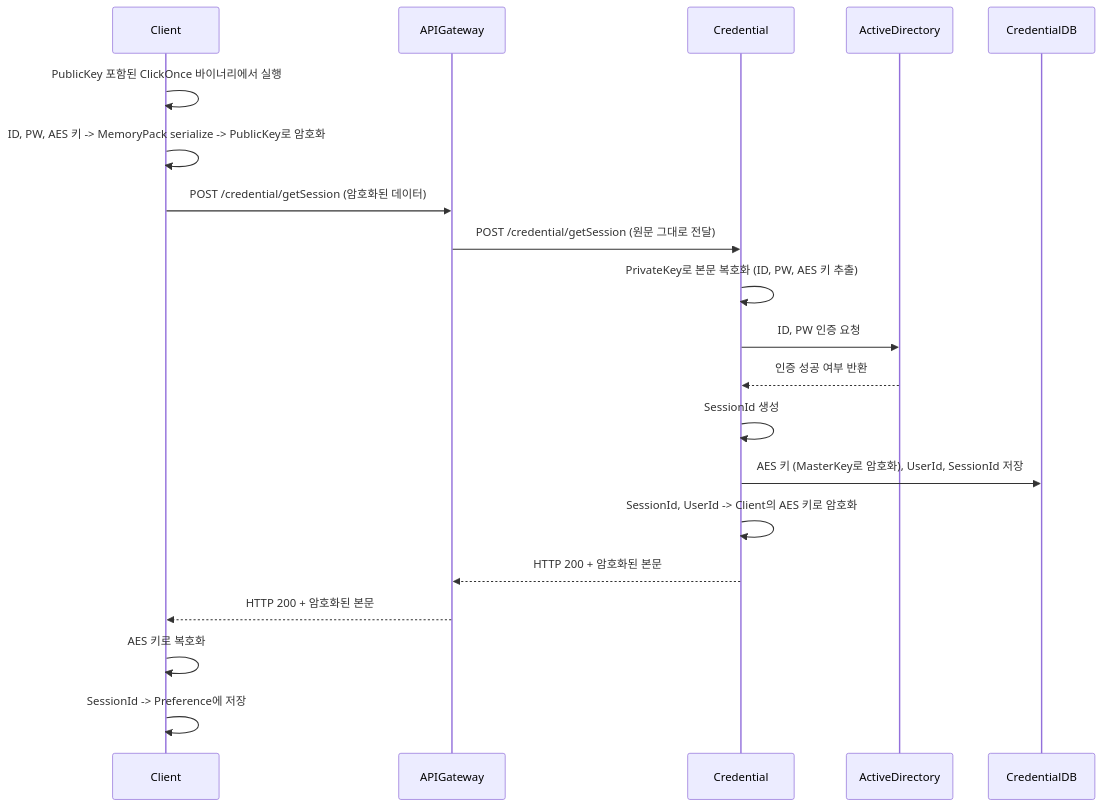
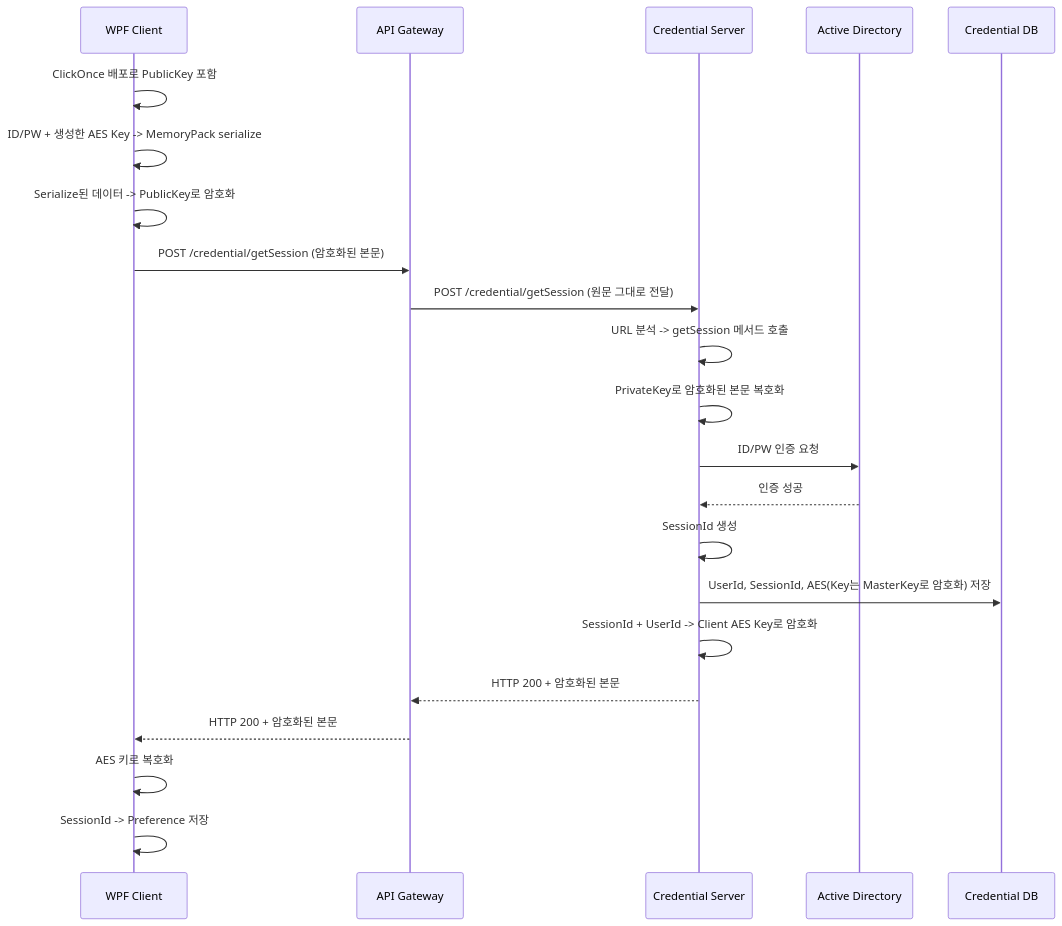
The diagram in 020. Credential/GetSession.md (remcat-lab/platform), drawn with Mermaid before and after one commit. The commit also changed other lines of this file, not shown here.

````diff
--- a/020. Credential/GetSession.md
+++ b/020. Credential/GetSession.md
@@ -13,37 +13,39 @@
 ```mermaid
 sequenceDiagram
-    participant Client
-    participant APIGateway
-    participant Credential
-    participant ActiveDirectory
-    participant CredentialDB
+    participant WPF Client
+    participant API Gateway
+    participant Credential Server
+    participant Active Directory
+    participant Credential DB
 
-    %% Step 1: 암호화 요청 준비
-    Client->>Client: PublicKey 포함된 ClickOnce 바이너리에서 실행
-    Client->>Client: ID, PW, AES 키 -> MemoryPack serialize -> PublicKey로 암호화
+    %% Step 1: Client - 암호화 준비
+    WPF Client->>WPF Client: ClickOnce 배포로 PublicKey 포함
+    WPF Client->>WPF Client: ID/PW + 생성한 AES Key -> MemoryPack serialize
+    WPF Client->>WPF Client: Serialize된 데이터 -> PublicKey로 암호화
 
-    %% Step 2: API Gateway로 요청
-    Client->>APIGateway: POST /credential/getSession (암호화된 데이터)
+    %% Step 2: API Gateway에 요청
+    WPF Client->>API Gateway: POST /credential/getSession (암호화된 본문)
 
-    %% Step 3: Credential로 프록시
-    APIGateway->>Credential: POST /credential/getSession (원문 그대로 전달)
+    %% Step 3: Gateway가 Credential 서버로 전달
+    API Gateway->>Credential Server: POST /credential/getSession (원문 그대로 전달)
 
-    %% Step 4: Credential 복호화 및 인증
-    Credential->>Credential: PrivateKey로 본문 복호화 (ID, PW, AES 키 추출)
-    Credential->>ActiveDirectory: ID, PW 인증 요청
-    ActiveDirectory-->>Credential: 인증 성공 여부 반환
+    %% Step 4: Credential 서버가 요청 분석
+    Credential Server->>Credential Server: URL 분석 -> getSession 메서드 호출
+    Credential Server->>Credential Server: PrivateKey로 암호화된 본문 복호화
 
-    %% Step 5: 세션 생성 및 저장
-    Credential->>Credential: SessionId 생성
-    Credential->>CredentialDB: AES 키 (MasterKey로 암호화), UserId, SessionId 저장
+    %% Step 5: AD 인증 및 세션 저장
+    Credential Server->>Active Directory: ID/PW 인증 요청
+    Active Directory-->>Credential Server: 인증 성공
+    Credential Server->>Credential Server: SessionId 생성
+    Credential Server->>Credential DB: UserId, SessionId, AES(Key는 MasterKey로 암호화) 저장
 
-    %% Step 6: 응답 구성 및 반환
-    Credential->>Credential: SessionId, UserId -> Client의 AES 키로 암호화
-    Credential-->>APIGateway: HTTP 200 + 암호화된 본문
-    APIGateway-->>Client: HTTP 200 + 암호화된 본문
+    %% Step 6: 결과 응답 암호화 및 전달
+    Credential Server->>Credential Server: SessionId + UserId -> Client AES Key로 암호화
+    Credential Server-->>API Gateway: HTTP 200 + 암호화된 본문
+    API Gateway-->>WPF Client: HTTP 200 + 암호화된 본문
 
     %% Step 7: Client 응답 처리
-    Client->>Client: AES 키로 복호화
-    Client->>Client: SessionId -> Preference에 저장
+    WPF Client->>WPF Client: AES 키로 복호화
+    WPF Client->>WPF Client: SessionId -> Preference 저장
 
 ```
````
